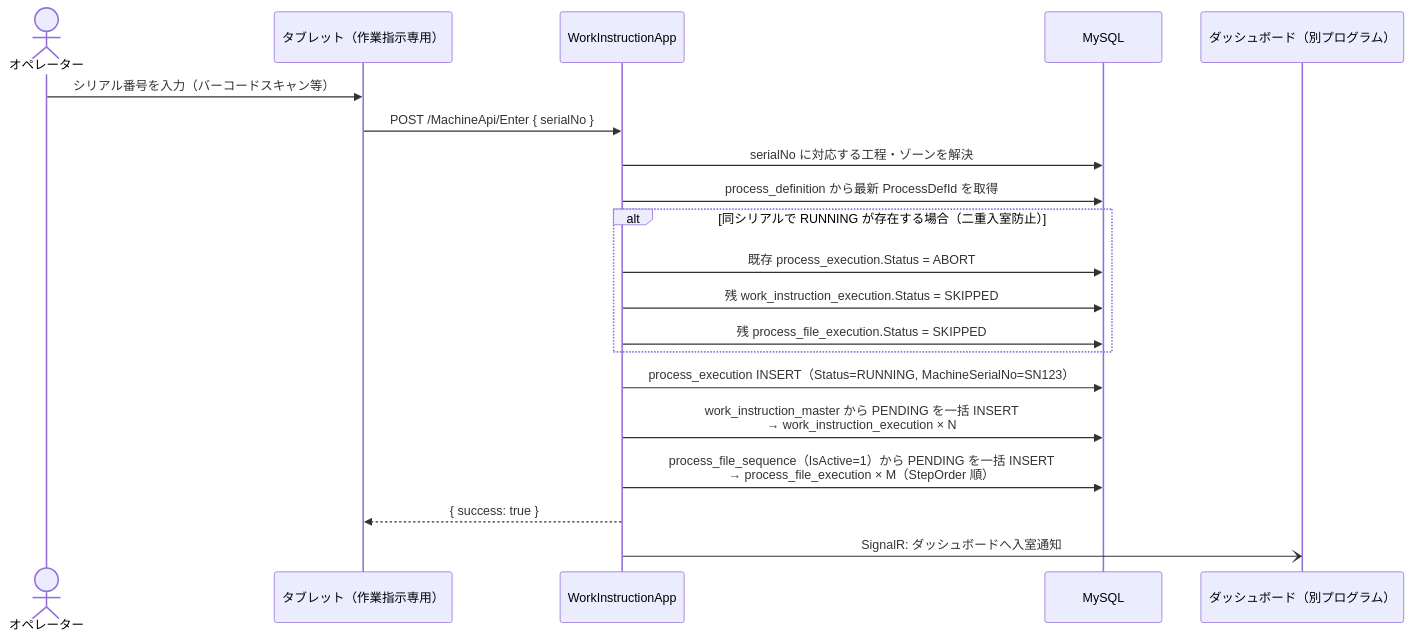
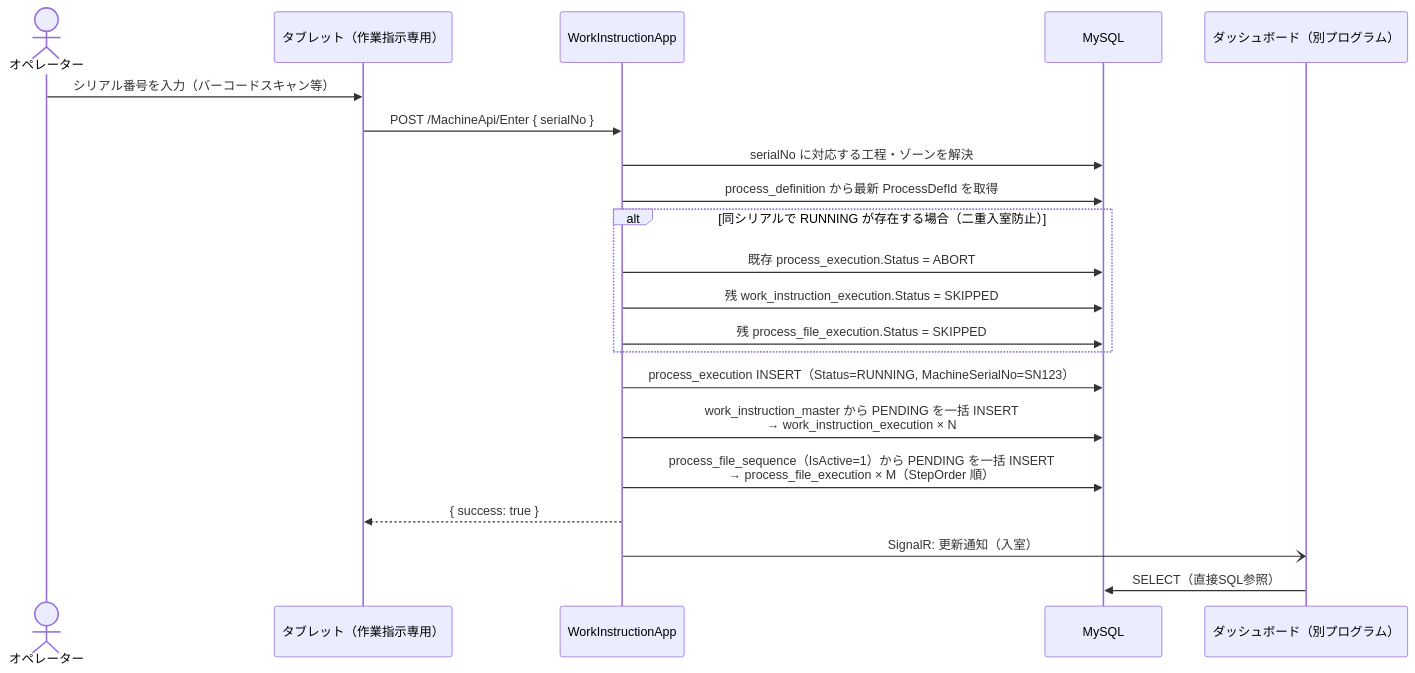
The third of 9 diagrams in docs/07_system_design.md (namagi14-lab/spica-warranty-design), drawn with Mermaid before and after one commit. The commit also changed other lines of this file and 4 other files, not shown here.

````diff
--- a/docs/07_system_design.md
+++ b/docs/07_system_design.md
@@ -129,27 +137,28 @@
 ```mermaid
 sequenceDiagram
     actor Op as オペレーター
     participant Tablet as タブレット（作業指示専用）
     participant App as WorkInstructionApp
     participant DB as MySQL
     participant Dash as ダッシュボード（別プログラム）
 
     Op->>Tablet: シリアル番号を入力（バーコードスキャン等）
     Tablet->>App: POST /MachineApi/Enter { serialNo }
 
     App->>DB: serialNo に対応する工程・ゾーンを解決
     App->>DB: process_definition から最新 ProcessDefId を取得
 
     alt 同シリアルで RUNNING が存在する場合（二重入室防止）
         App->>DB: 既存 process_execution.Status = ABORT
         App->>DB: 残 work_instruction_execution.Status = SKIPPED
         App->>DB: 残 process_file_execution.Status = SKIPPED
     end
 
     App->>DB: process_execution INSERT（Status=RUNNING, MachineSerialNo=SN123）
     App->>DB: work_instruction_master から PENDING を一括 INSERT<br/>→ work_instruction_execution × N
     App->>DB: process_file_sequence（IsActive=1）から PENDING を一括 INSERT<br/>→ process_file_execution × M（StepOrder 順）
 
     App-->>Tablet: { success: true }
-    App-)Dash: SignalR: ダッシュボードへ入室通知
+    App-)Dash: SignalR: 更新通知（入室）
+    Dash->>DB: SELECT（直接SQL参照）
 ```
````
